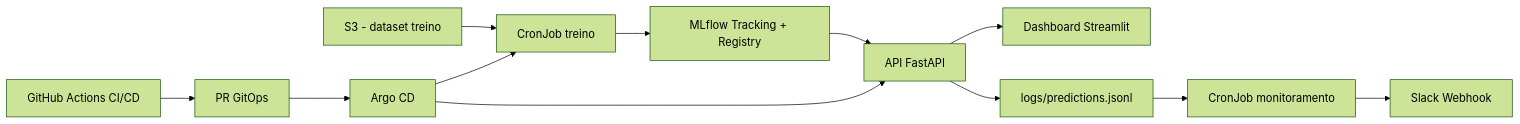
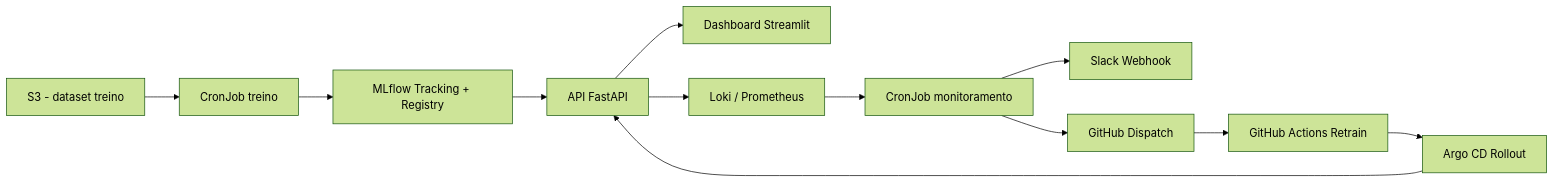
Before and after one commit to pagottoo/mle-fiap-fase5-passos-magicos: the diagram in README.md, drawn with Mermaid (forest theme). The commit also changed other lines of this file and 1 other file, not shown here.

````diff
--- a/README.md
+++ b/README.md
@@ -25,15 +25,15 @@
 ```mermaid
 graph LR
     A[S3 - dataset treino] --> B[CronJob treino]
     B --> C[MLflow Tracking + Registry]
     C --> D[API FastAPI]
     D --> E[Dashboard Streamlit]
-    D --> F[logs/predictions.jsonl]
+    D --> F[Loki / Prometheus]
     F --> G[CronJob monitoramento]
     G --> H[Slack Webhook]
+    G --> I[GitHub Dispatch]
 
-    I[GitHub Actions CI/CD] --> J[PR GitOps]
-    J --> K[Argo CD]
+    I --> J[GitHub Actions Retrain]
+    J --> K[Argo CD Rollout]
     K --> D
-    K --> B
 ```
````
